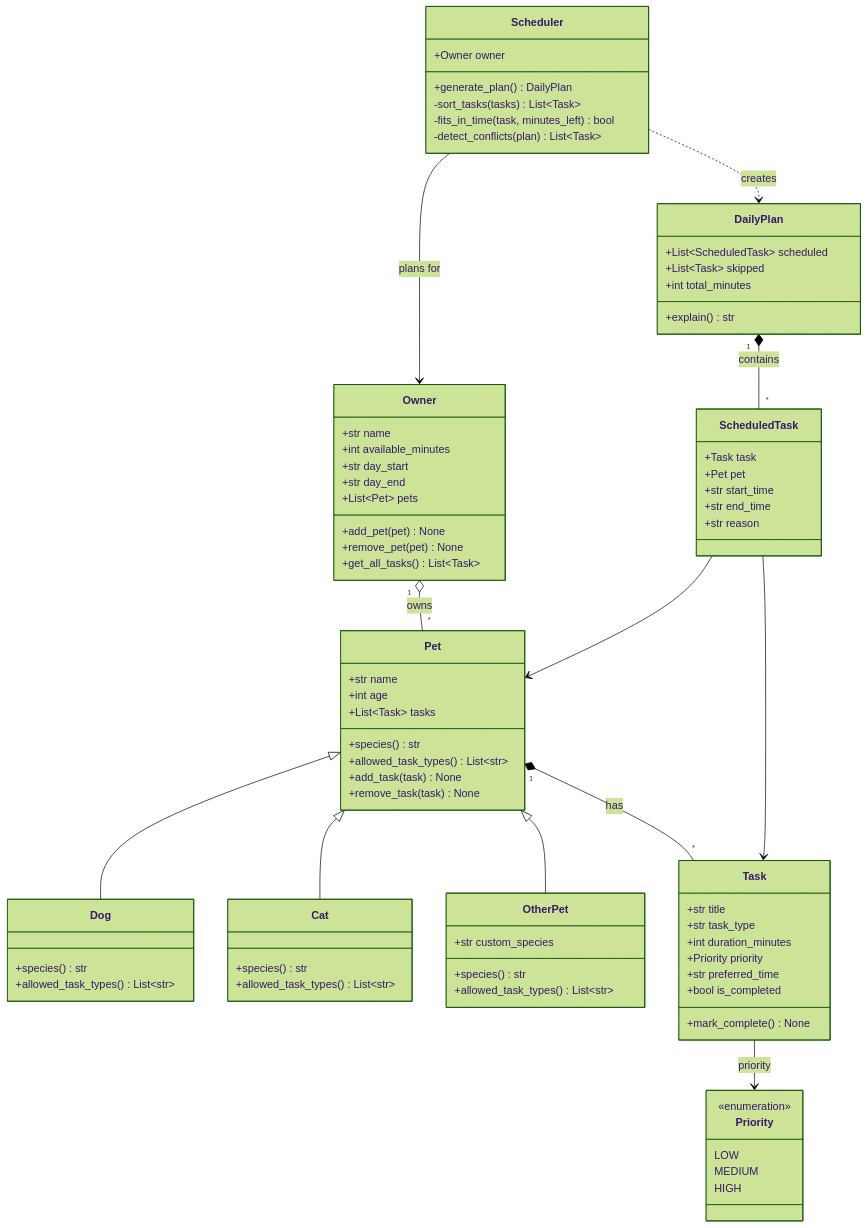
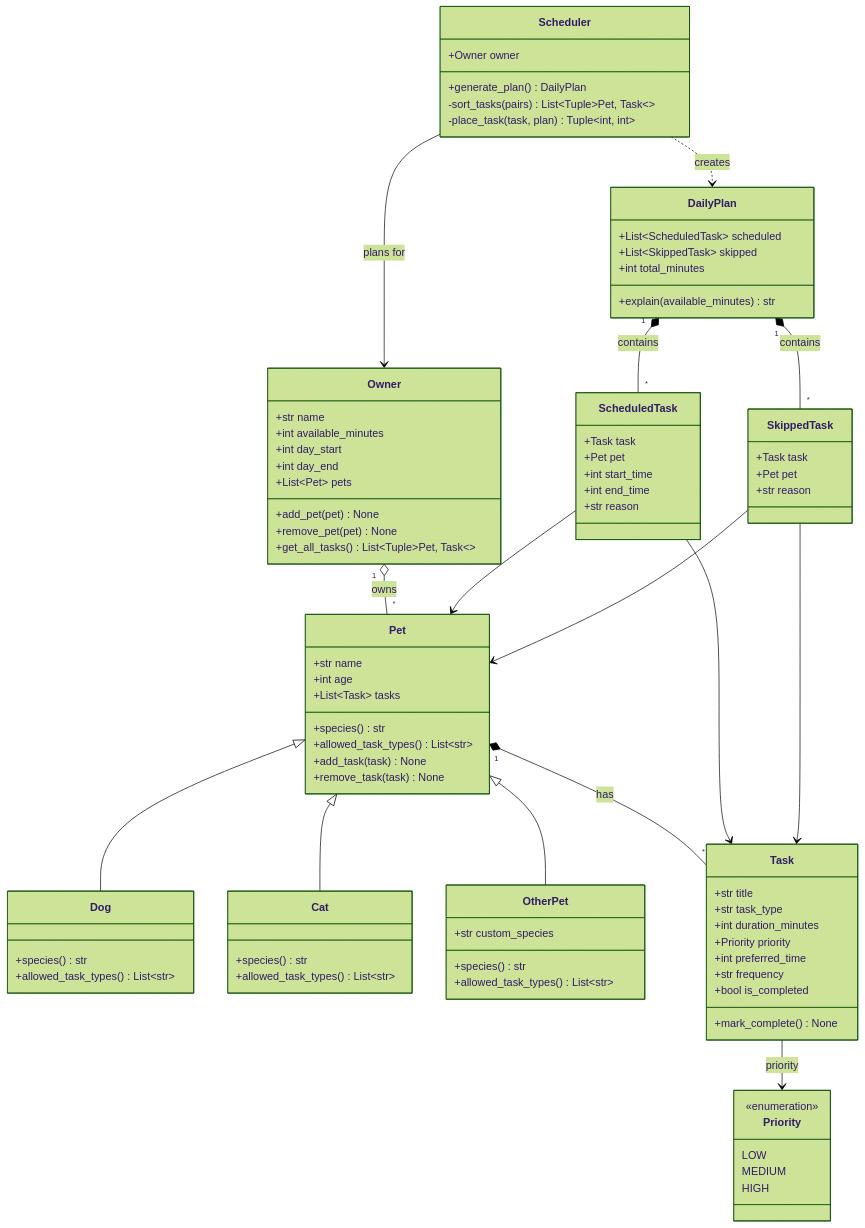
One commit to sneupane007/ai110-module2show-pawpal-starter changed the diagram in diagrams/uml.mmd. Above: the diagram before and after it, drawn with Mermaid (forest theme).

Commit message:
design changes

```diff
--- a/diagrams/uml.mmd
+++ b/diagrams/uml.mmd
@@ -1,93 +1,103 @@
 classDiagram
     %% PawPal+ draft design. Update this file as the implementation changes.
+    %% All times are minutes since midnight (08:00 = 480).
 
     class Priority {
         <<enumeration>>
         LOW
         MEDIUM
         HIGH
     }
 
     class Owner {
         +str name
         +int available_minutes
-        +str day_start
-        +str day_end
+        +int day_start
+        +int day_end
         +List~Pet~ pets
         +add_pet(pet) None
         +remove_pet(pet) None
-        +get_all_tasks() List~Task~
+        +get_all_tasks() List~Tuple~Pet, Task~~
     }
 
     class Pet {
         +str name
         +int age
         +List~Task~ tasks
         +species() str
         +allowed_task_types() List~str~
         +add_task(task) None
         +remove_task(task) None
     }
 
     class Dog {
         +species() str
         +allowed_task_types() List~str~
     }
 
     class Cat {
         +species() str
         +allowed_task_types() List~str~
     }
 
     class OtherPet {
         +str custom_species
         +species() str
         +allowed_task_types() List~str~
     }
 
     class Task {
         +str title
         +str task_type
         +int duration_minutes
         +Priority priority
-        +str preferred_time
+        +int preferred_time
+        +str frequency
         +bool is_completed
         +mark_complete() None
     }
 
     class ScheduledTask {
         +Task task
         +Pet pet
-        +str start_time
-        +str end_time
+        +int start_time
+        +int end_time
+        +str reason
+    }
+
+    class SkippedTask {
+        +Task task
+        +Pet pet
         +str reason
     }
 
     class DailyPlan {
         +List~ScheduledTask~ scheduled
-        +List~Task~ skipped
+        +List~SkippedTask~ skipped
         +int total_minutes
-        +explain() str
+        +explain(available_minutes) str
     }
 
     class Scheduler {
         +Owner owner
         +generate_plan() DailyPlan
-        -sort_tasks(tasks) List~Task~
-        -fits_in_time(task, minutes_left) bool
-        -detect_conflicts(plan) List~Task~
+        -sort_tasks(pairs) List~Tuple~Pet, Task~~
+        -place_task(task, plan) Tuple~int, int~
     }
 
     Pet <|-- Dog
     Pet <|-- Cat
     Pet <|-- OtherPet
 
     Owner "1" o-- "*" Pet : owns
     Pet "1" *-- "*" Task : has
     Task --> Priority : priority
 
     Scheduler --> Owner : plans for
     Scheduler ..> DailyPlan : creates
     DailyPlan "1" *-- "*" ScheduledTask : contains
+    DailyPlan "1" *-- "*" SkippedTask : contains
     ScheduledTask --> Task
     ScheduledTask --> Pet
+    SkippedTask --> Task
+    SkippedTask --> Pet
```
